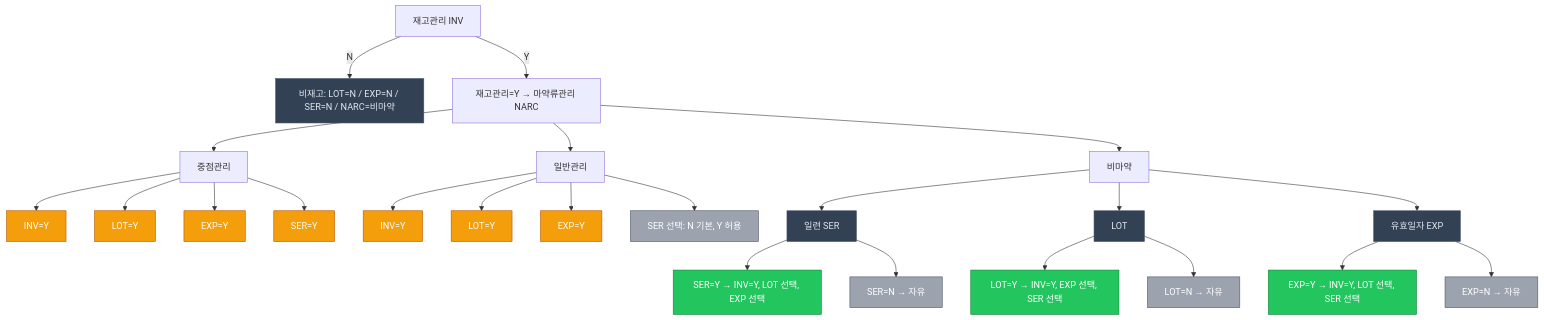
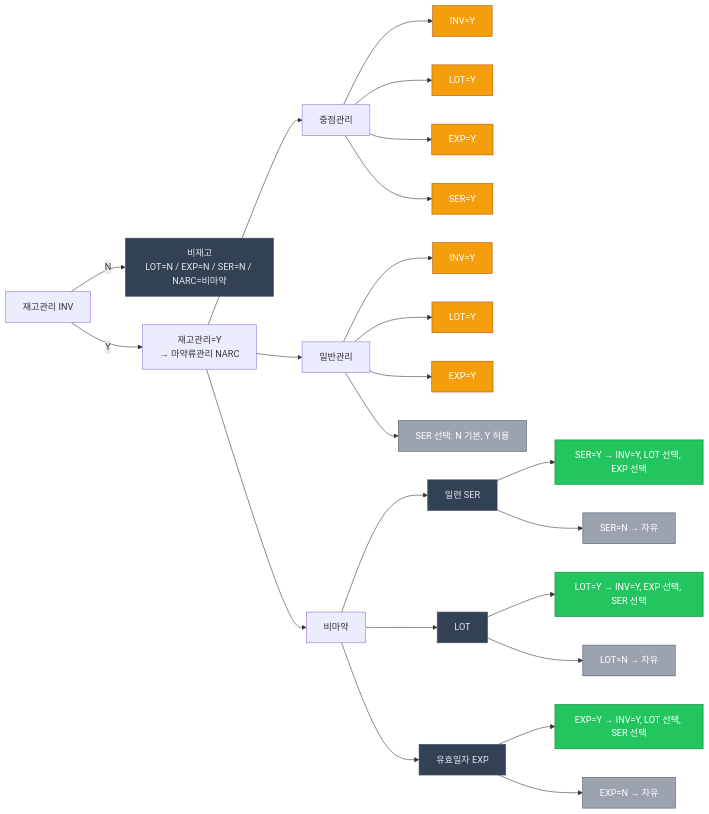
Before and after one commit to 920604abc/simple-dairy: the diagram in inventory_option_tree.md, drawn with Mermaid.

Commit message:
Update inventory option tree with emoji and formatting

````diff
--- a/inventory_option_tree.md
+++ b/inventory_option_tree.md
@@ -1,54 +1,53 @@
 ```mermaid
-flowchart TD
+flowchart LR
     %% 색상 정의
     classDef lock fill:#f59e0b,color:#fff,stroke:#b45309;
     classDef auto fill:#22c55e,color:#fff,stroke:#15803d;
     classDef free fill:#9ca3af,color:#fff,stroke:#4b5563;
     classDef neutral fill:#334155,color:#e2e8f0,stroke:#475569;
 
-    %% 1. 재고관리
+    %% 1️⃣ 재고관리
     A[재고관리 INV]
-    B[비재고: LOT=N / EXP=N / SER=N / NARC=비마약]
-    C[재고관리=Y → 마약류관리 NARC]
+    B[비재고<br>LOT=N / EXP=N / SER=N / NARC=비마약]:::neutral
+    C[재고관리=Y<br>→ 마약류관리 NARC]
+
     A -->|N| B
     A -->|Y| C
 
-    %% 2. 중점관리
+    %% 2️⃣ 중점관리
     C --> D[중점관리]
     D1[INV=Y]:::lock
     D2[LOT=Y]:::lock
     D3[EXP=Y]:::lock
     D4[SER=Y]:::lock
     D --> D1 & D2 & D3 & D4
 
-    %% 3. 일반관리
+    %% 3️⃣ 일반관리
     C --> E[일반관리]
     E1[INV=Y]:::lock
     E2[LOT=Y]:::lock
     E3[EXP=Y]:::lock
     E4[SER 선택: N 기본, Y 허용]:::free
     E --> E1 & E2 & E3 & E4
 
-    %% 4. 비마약
+    %% 4️⃣ 비마약
     C --> F[비마약]
 
     F1[일련 SER]:::neutral
     F2[LOT]:::neutral
     F3[유효일자 EXP]:::neutral
     F --> F1 & F2 & F3
 
     F1a[SER=Y → INV=Y, LOT 선택, EXP 선택]:::auto
     F1b[SER=N → 자유]:::free
     F1 --> F1a & F1b
 
     F2a[LOT=Y → INV=Y, EXP 선택, SER 선택]:::auto
     F2b[LOT=N → 자유]:::free
     F2 --> F2a & F2b
 
     F3a[EXP=Y → INV=Y, LOT 선택, SER 선택]:::auto
     F3b[EXP=N → 자유]:::free
     F3 --> F3a & F3b
 
-    %% 색상 클래스 적용
-    B:::neutral
 ```
````
